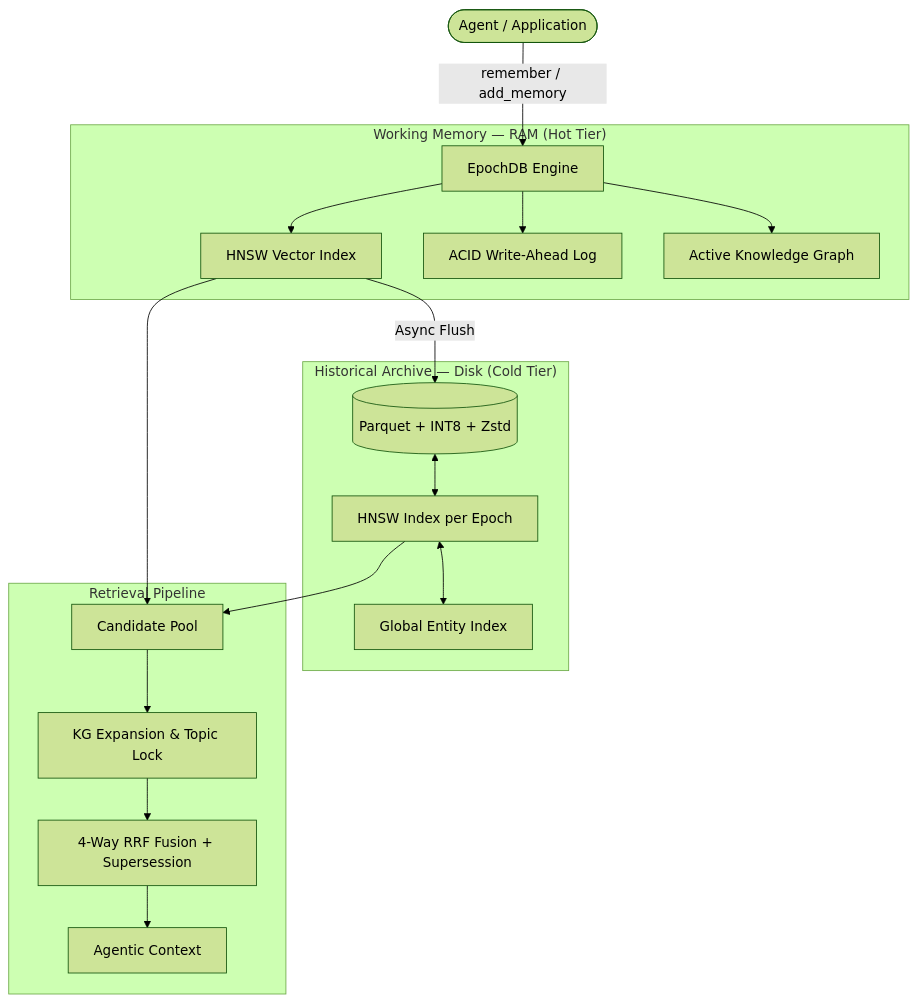
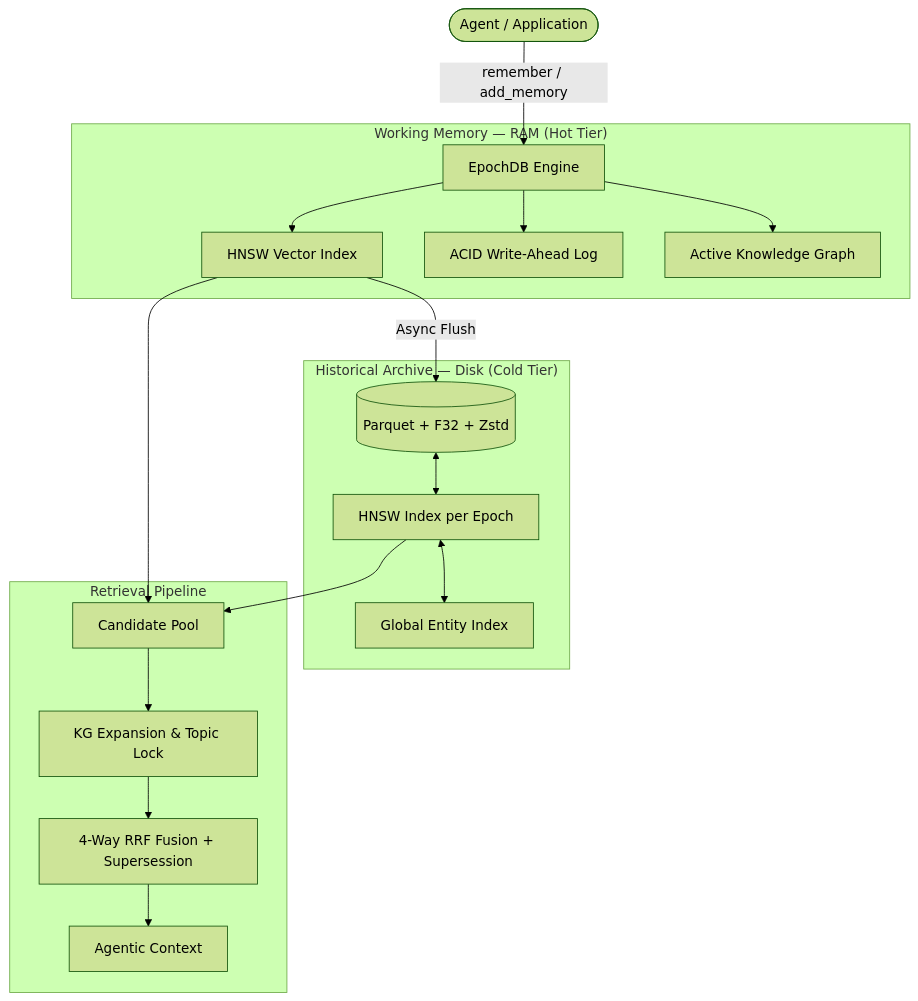
One commit to jersobh/epochdb changed the diagram in README.md. Above: the diagram before and after it, drawn with Mermaid (forest theme). The commit also changed other lines of this file and 10 other files, not shown here.

````diff
--- a/README.md
+++ b/README.md
@@ -24,23 +24,23 @@
 ```mermaid
 graph TD
     Agent([Agent / Application]) -->|remember / add_memory| Engine[EpochDB Engine]
 
     subgraph "Working Memory — RAM (Hot Tier)"
         Engine --> HNSW_H[HNSW Vector Index]
         Engine --> WAL[ACID Write-Ahead Log]
         Engine --> KG[Active Knowledge Graph]
     end
 
     subgraph "Historical Archive — Disk (Cold Tier)"
-        HNSW_H -->|Async Flush| Parquet[(Parquet + INT8 + Zstd)]
+        HNSW_H -->|Async Flush| Parquet[(Parquet + F32 + Zstd)]
         Parquet <--> HNSW_C[HNSW Index per Epoch]
         HNSW_C <--> GEI[Global Entity Index]
     end
 
     subgraph "Retrieval Pipeline"
         HNSW_H & HNSW_C --> Pool[Candidate Pool]
         Pool --> KG_Exp[KG Expansion & Topic Lock]
         KG_Exp --> RRF[4-Way RRF Fusion + Supersession]
         RRF --> Context[Agentic Context]
     end
 ```
````
